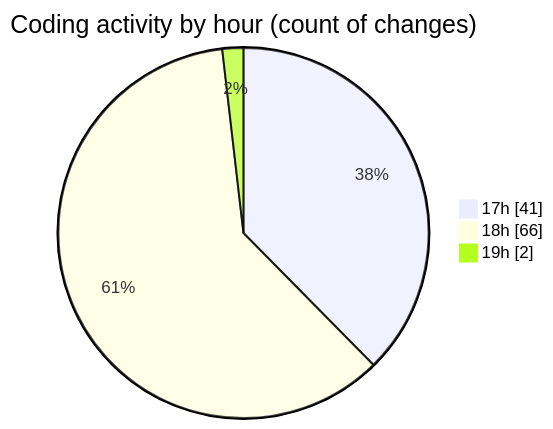
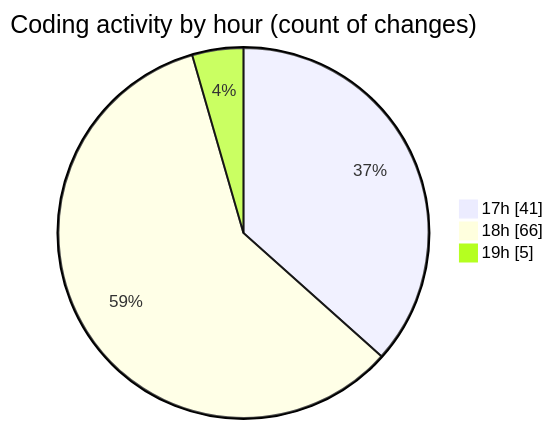
One commit to momahboobian/code-tracking changed the second of 2 diagrams in 2025-03-20/cda/README.md. Above: the diagram before and after it, drawn with Mermaid. The commit also changed other lines of this file and 1 other file, not shown here.

````diff
--- a/2025-03-20/cda/README.md
+++ b/2025-03-20/cda/README.md
@@ -35,7 +35,7 @@
 ```mermaid
 pie showData
 title Coding activity by hour (count of changes)
 "17h" : 41
 "18h" : 66
-"19h" : 2
+"19h" : 5
 ```
````
